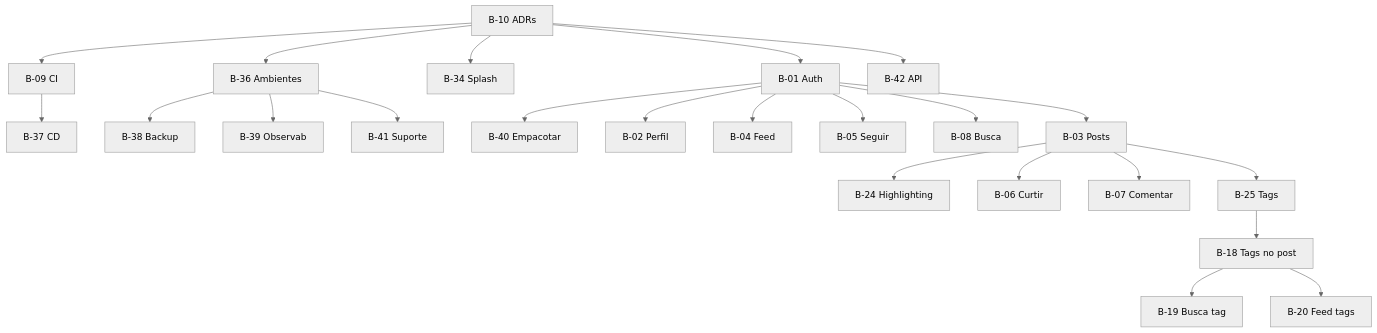
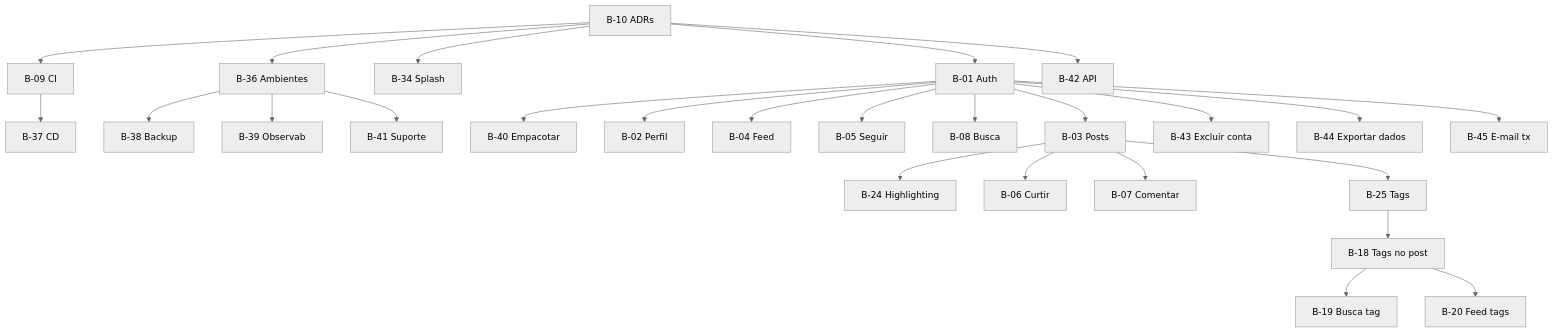
Before and after one commit to Agora-s-Space/Social.Agora: the diagram in Agora.Docs/04 Gestão/Definição do MVP.md, drawn with Mermaid (neutral theme). The commit also changed other lines of this file and 28 other files, not shown here.

````diff
--- a/Agora.Docs/04 Gestão/Definição do MVP.md
+++ b/Agora.Docs/04 Gestão/Definição do MVP.md
@@ -113,25 +119,28 @@
 ```mermaid
 flowchart TD
     B10[B-10 ADRs] --> B09[B-09 CI]
     B10 --> B36[B-36 Ambientes]
     B10 --> B34[B-34 Splash]
     B10 --> B01[B-01 Auth]
     B10 --> B42[B-42 API]
     B09 --> B37[B-37 CD]
     B36 --> B38[B-38 Backup]
     B36 --> B39[B-39 Observab]
     B36 --> B41[B-41 Suporte]
     B01 --> B40[B-40 Empacotar]
     B01 --> B02[B-02 Perfil]
     B01 --> B04[B-04 Feed]
     B01 --> B05[B-05 Seguir]
     B01 --> B08[B-08 Busca]
     B01 --> B03[B-03 Posts]
     B03 --> B24[B-24 Highlighting]
     B03 --> B06[B-06 Curtir]
     B03 --> B07[B-07 Comentar]
     B03 --> B25[B-25 Tags]
     B25 --> B18[B-18 Tags no post]
     B18 --> B19[B-19 Busca tag]
     B18 --> B20[B-20 Feed tags]
+    B01 --> B43[B-43 Excluir conta]
+    B01 --> B44[B-44 Exportar dados]
+    B01 --> B45[B-45 E-mail tx]
 ```
````
